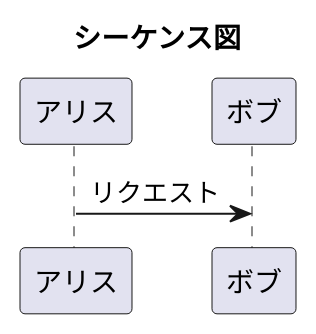
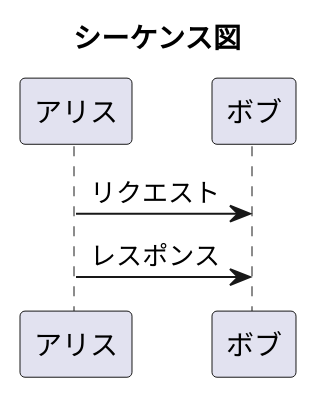
One commit to saikiRA1011/WEBNICATION changed the diagram in test.pu. Above: the diagram before and after it, drawn with PlantUML.

```diff
--- a/test.pu
+++ b/test.pu
@@ -1,4 +1,5 @@
 @startuml
 title シーケンス図
 アリス -> ボブ: リクエスト
+アリス->ボブ:レスポンス
 @enduml
```
